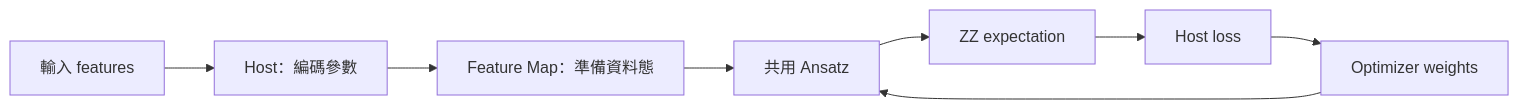
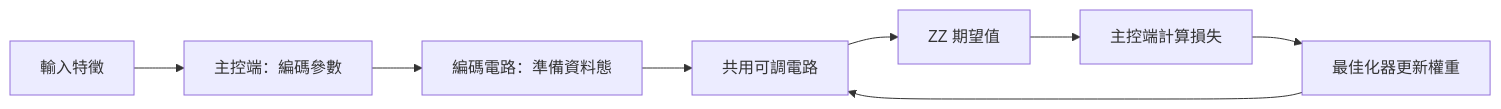
Before and after one commit to kancheng/qml-engineering-30-days: the diagram in articles/day14/README.md, drawn with Mermaid. The commit also changed other lines of this file and 3 other files, not shown here.

````diff
--- a/articles/day14/README.md
+++ b/articles/day14/README.md
@@ -25,10 +19,10 @@
 ```mermaid
 flowchart LR
-    X[輸入 features] --> E[Host：編碼參數]
-    E --> F[Feature Map：準備資料態]
-    W[Optimizer weights] --> A[共用 Ansatz]
+    X[輸入特徵] --> E[主控端：編碼參數]
+    E --> F[編碼電路：準備資料態]
+    W[最佳化器更新權重] --> A[共用可調電路]
     F --> A
-    A --> R[ZZ expectation]
-    R --> L[Host loss]
+    A --> R[ZZ 期望值]
+    R --> L[主控端計算損失]
     L --> W
 ```
````
